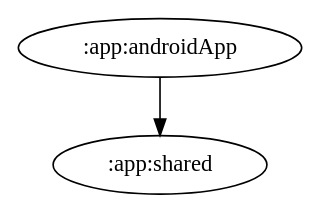
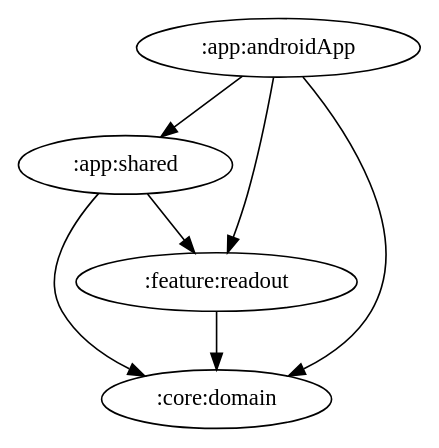
Before and after one commit to ai-kurou/KoDriver: the diagram in docs/graphs/app-androidApp.gv, drawn with Graphviz. The commit also changed 9 other files, not shown here.

Commit message:
chore: update module graph images [skip ci]

```diff
--- a/docs/graphs/app-androidApp.gv
+++ b/docs/graphs/app-androidApp.gv
@@ -1,3 +1,8 @@
 digraph G {
   ":app:androidApp" -> ":app:shared"
+  ":app:androidApp" -> ":core:domain"
+  ":app:androidApp" -> ":feature:readout"
+  ":app:shared" -> ":feature:readout"
+  ":app:shared" -> ":core:domain"
+  ":feature:readout" -> ":core:domain"
 }
```
